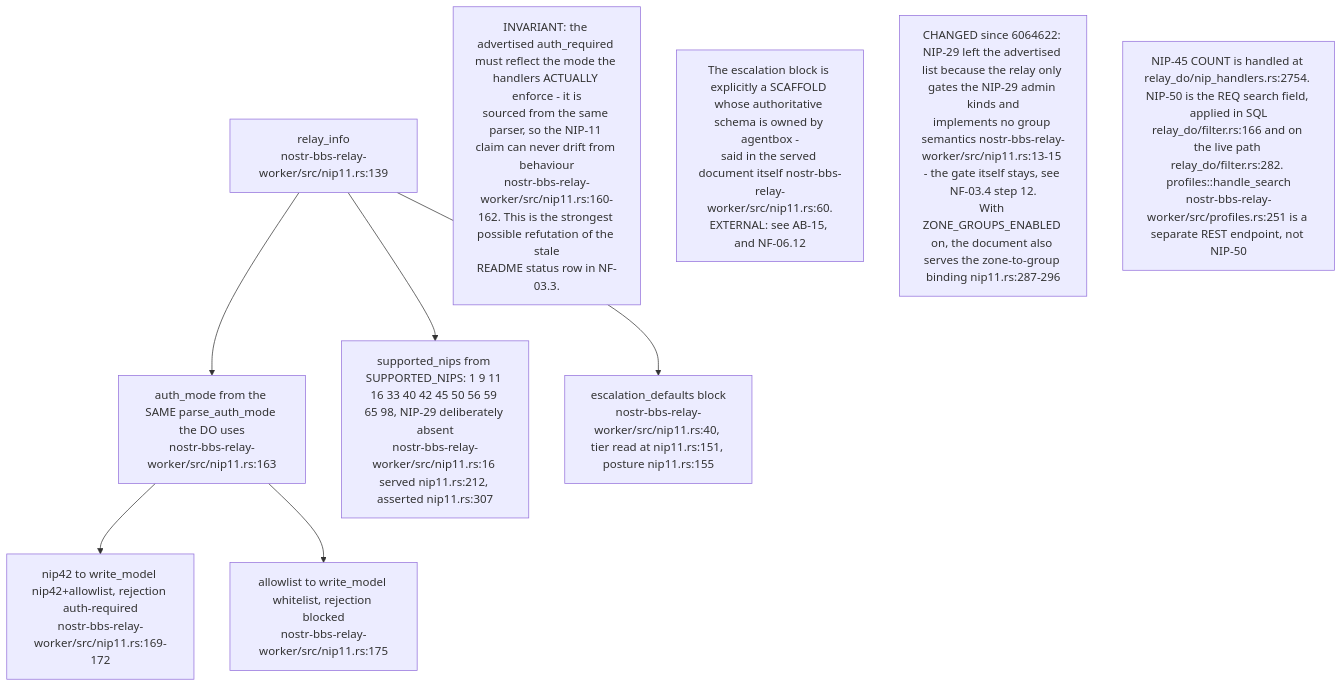
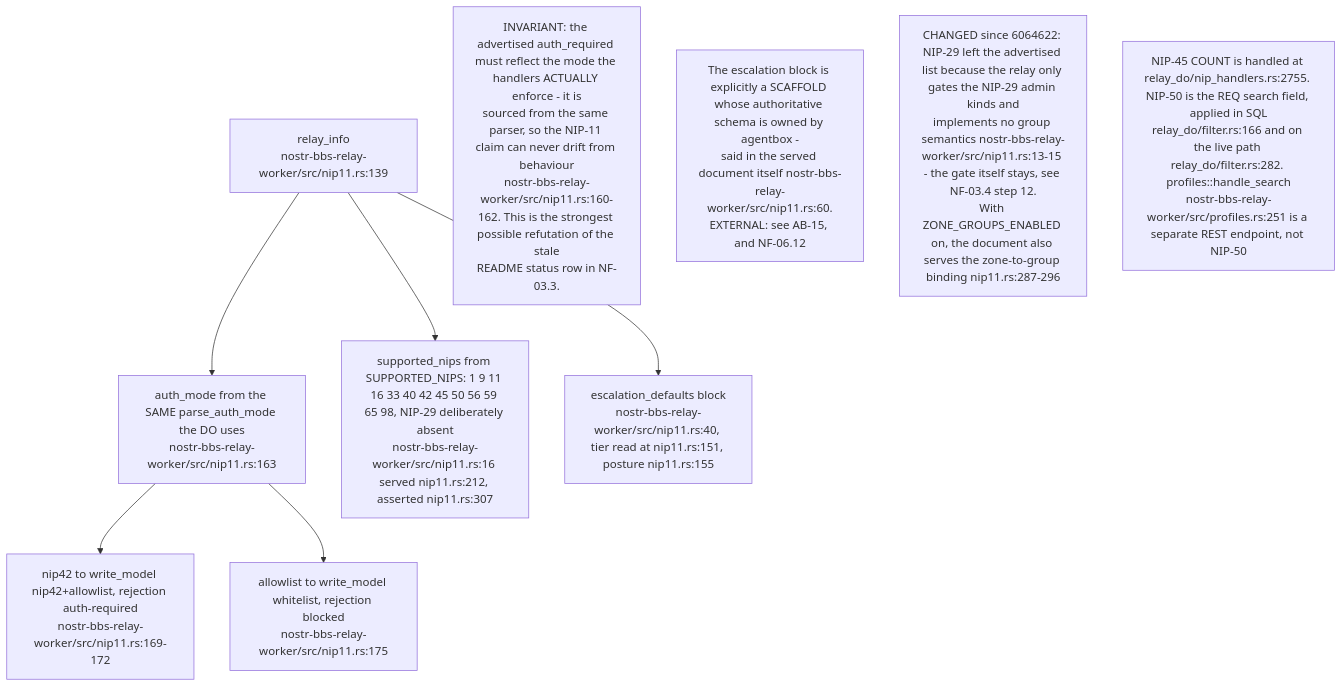
One commit to DreamLab-AI/VisionFlow changed diagram 13 of 18 in docs/diagrams/nostr-rust-forum/11-relay-durable-object-internals.md. Above: the diagram before and after it, drawn with Mermaid. The commit also changed other lines of this file and 23 other files, not shown here.

First line of the commit message:
docs(diagrams): pass C nostr-rust-forum area re-verified at de31aaa

````diff
--- a/docs/diagrams/nostr-rust-forum/11-relay-durable-object-internals.md
+++ b/docs/diagrams/nostr-rust-forum/11-relay-durable-object-internals.md
@@ -441,18 +441,18 @@
 ```mermaid
 flowchart TB
     RI["relay_info<br/>nostr-bbs-relay-worker/src/nip11.rs:139"]
     AM["auth_mode from the SAME parse_auth_mode the DO uses<br/>nostr-bbs-relay-worker/src/nip11.rs:163"]
     LBL["nip42 to write_model nip42+allowlist, rejection auth-required<br/>nostr-bbs-relay-worker/src/nip11.rs:169-172"]
     ALT["allowlist to write_model whitelist, rejection blocked<br/>nostr-bbs-relay-worker/src/nip11.rs:175"]
     NIPS["supported_nips from SUPPORTED_NIPS: 1 9 11 16 33 40 42 45 50 56 59 65 98, NIP-29 deliberately absent<br/>nostr-bbs-relay-worker/src/nip11.rs:16 served nip11.rs:212, asserted nip11.rs:307"]
     ESC["escalation_defaults block<br/>nostr-bbs-relay-worker/src/nip11.rs:40, tier read at nip11.rs:151, posture nip11.rs:155"]
 
     RI --> AM --> LBL
     AM --> ALT
     RI --> NIPS & ESC
 
     N1["INVARIANT: the advertised auth_required must reflect the mode the handlers ACTUALLY enforce - it is<br/>sourced from the same parser, so the NIP-11 claim can never drift from behaviour<br/>nostr-bbs-relay-worker/src/nip11.rs:160-162. This is the strongest possible refutation of the stale<br/>README status row in NF-03.3."]
     N2["The escalation block is explicitly a SCAFFOLD whose authoritative schema is owned by agentbox -<br/>said in the served document itself nostr-bbs-relay-worker/src/nip11.rs:60.<br/>EXTERNAL: see AB-15, and NF-06.12"]
     N5["CHANGED since 6064622: NIP-29 left the advertised list because the relay only gates the NIP-29 admin kinds and<br/>implements no group semantics nostr-bbs-relay-worker/src/nip11.rs:13-15 - the gate itself stays, see NF-03.4 step 12.<br/>With ZONE_GROUPS_ENABLED on, the document also serves the zone-to-group binding nip11.rs:287-296"]
-    N3["NIP-45 COUNT is handled at relay_do/nip_handlers.rs:2754. NIP-50 is the REQ search field, applied in SQL<br/>relay_do/filter.rs:166 and on the live path relay_do/filter.rs:282. profiles::handle_search<br/>nostr-bbs-relay-worker/src/profiles.rs:251 is a separate REST endpoint, not NIP-50"]
+    N3["NIP-45 COUNT is handled at relay_do/nip_handlers.rs:2755. NIP-50 is the REQ search field, applied in SQL<br/>relay_do/filter.rs:166 and on the live path relay_do/filter.rs:282. profiles::handle_search<br/>nostr-bbs-relay-worker/src/profiles.rs:251 is a separate REST endpoint, not NIP-50"]
 ```
````
